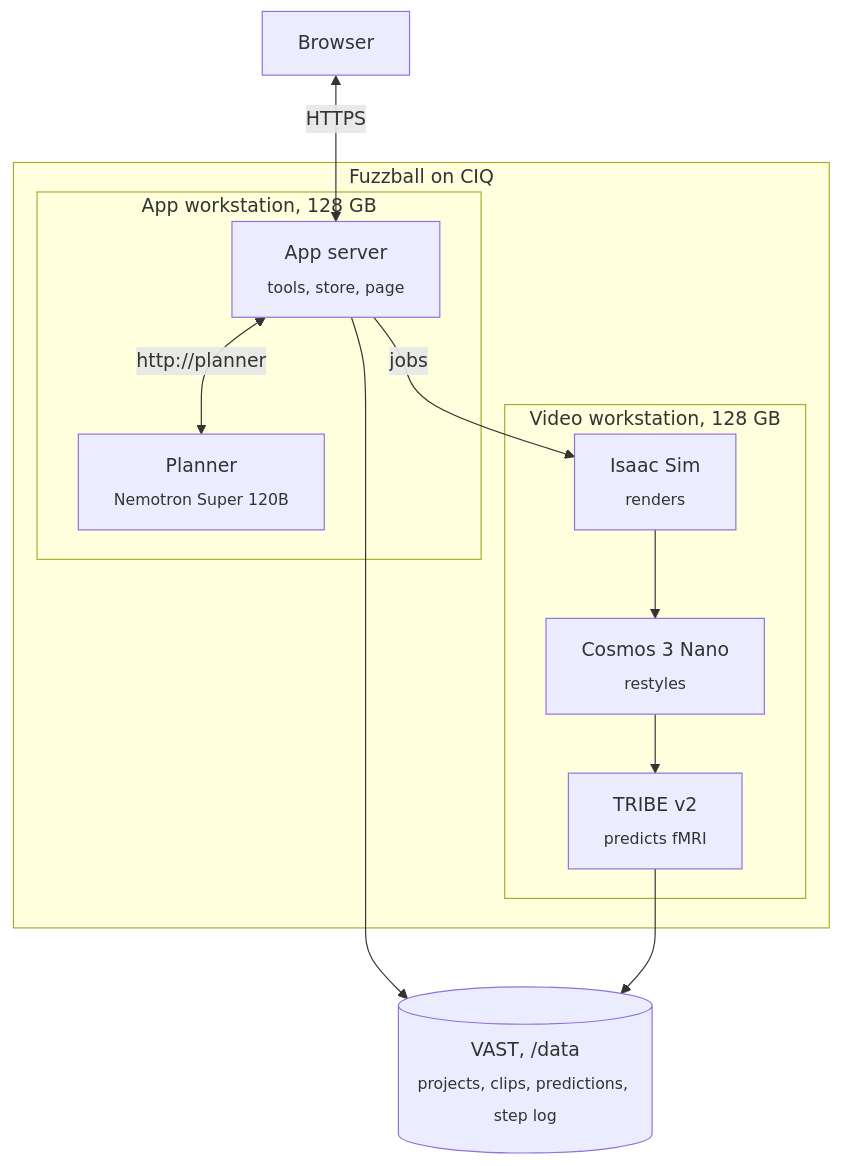
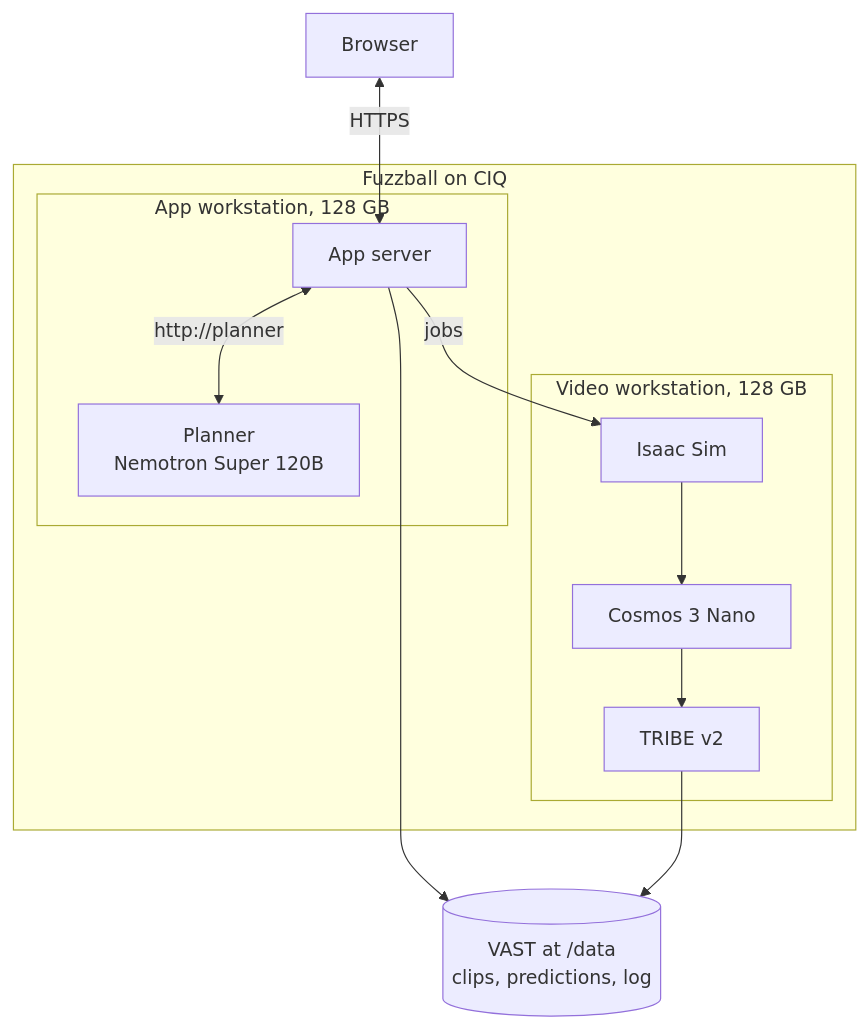
One commit to reversely/simulaxon changed the second of 2 diagrams in README.md. Above: the diagram before and after it, drawn with Mermaid. The commit also changed other lines of this file, not shown here.

Commit message:
docs(readme): give the diagrams plain labels that fit their boxes

````diff
--- a/README.md
+++ b/README.md
@@ -78,17 +78,17 @@
 ```mermaid
 flowchart TB
   subgraph F["Fuzzball on CIQ"]
     subgraph A["App workstation, 128 GB"]
-      APP["App server<br/><sub>tools, store, page</sub>"]
-      PL["Planner<br/><sub>Nemotron Super 120B</sub>"]
+      APP["App server"]
+      PL["Planner<br/>Nemotron Super 120B"]
       APP <-->|"http://planner"| PL
     end
     subgraph V["Video workstation, 128 GB"]
-      IS["Isaac Sim<br/><sub>renders</sub>"] --> CO["Cosmos 3 Nano<br/><sub>restyles</sub>"] --> TR["TRIBE v2<br/><sub>predicts fMRI</sub>"]
+      IS["Isaac Sim"] --> CO["Cosmos 3 Nano"] --> TR["TRIBE v2"]
     end
     APP -->|jobs| IS
   end
-  APP --> D[("VAST, /data<br/><sub>projects, clips, predictions, step log</sub>")]
+  APP --> D[("VAST at /data<br/>clips, predictions, log")]
   TR --> D
   U["Browser"] <-->|"HTTPS"| APP
 ```
````
